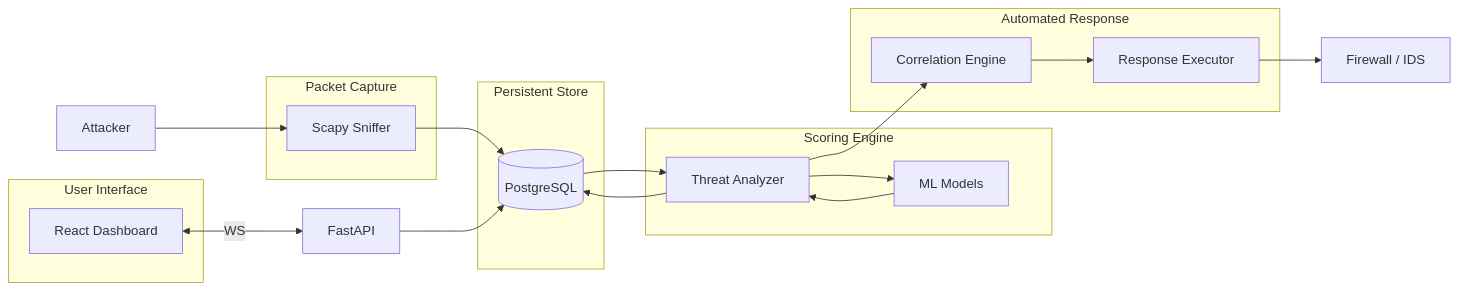
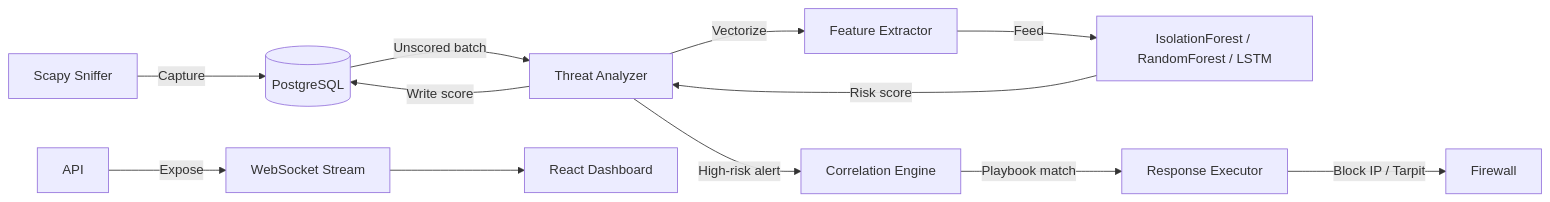
One commit to sriram21-09/PhantomNet changed the second of 3 diagrams in README.md. Above: the diagram before and after it, drawn with Mermaid. The commit also changed other lines of this file, not shown here.

Commit message:
docs: overhaul README with expanded architecture diagrams, updated project details, and comprehensive feature tables

````diff
--- a/README.md
+++ b/README.md
@@ -82,25 +89,14 @@
 ```mermaid
 flowchart LR
-    subgraph Capture[Packet Capture]
-        Sniffer[Scapy Sniffer]
-    end
-    subgraph Storage[Persistent Store]
-        DB[(PostgreSQL)]
-    end
-    subgraph Scoring[Scoring Engine]
-        Analyzer[Threat Analyzer]
-        ML[ML Models]
-    end
-    subgraph Response[Automated Response]
-        Correlation[Correlation Engine]
-        Executor[Response Executor]
-    end
-    subgraph UI[User Interface]
-        Dashboard[React Dashboard]
-    end
-    Attacker --> Sniffer --> DB
-    DB --> Analyzer --> ML --> Analyzer --> DB
-    Analyzer --> Correlation --> Executor --> Network[Firewall / IDS]
-    Dashboard <-- WS --> API[FastAPI]
-    API --> DB
+    Sniffer[Scapy Sniffer] -->|Capture| DB[(PostgreSQL)]
+    DB -->|Unscored batch| Analyzer[Threat Analyzer]
+    Analyzer -->|Vectorize| FeatureExtractor[Feature Extractor]
+    FeatureExtractor -->|Feed| ModelEnsemble[IsolationForest / RandomForest / LSTM]
+    ModelEnsemble -->|Risk score| Analyzer
+    Analyzer -->|Write score| DB
+    Analyzer -->|High‑risk alert| Corr[Correlation Engine]
+    Corr -->|Playbook match| Exec[Response Executor]
+    Exec -->|Block IP / Tarpit| Firewall
+    API -->|Expose| WS[WebSocket Stream]
+    WS --> Dashboard[React Dashboard]
 ```
````
